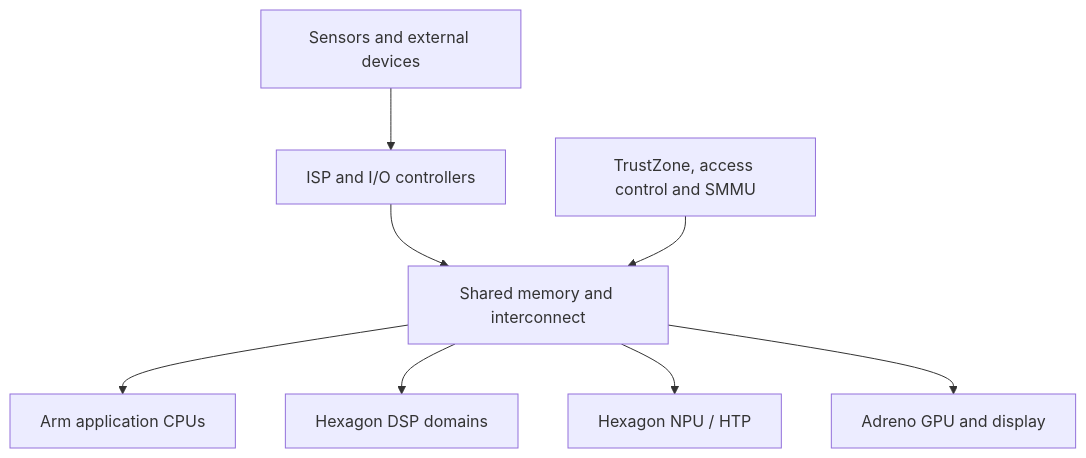
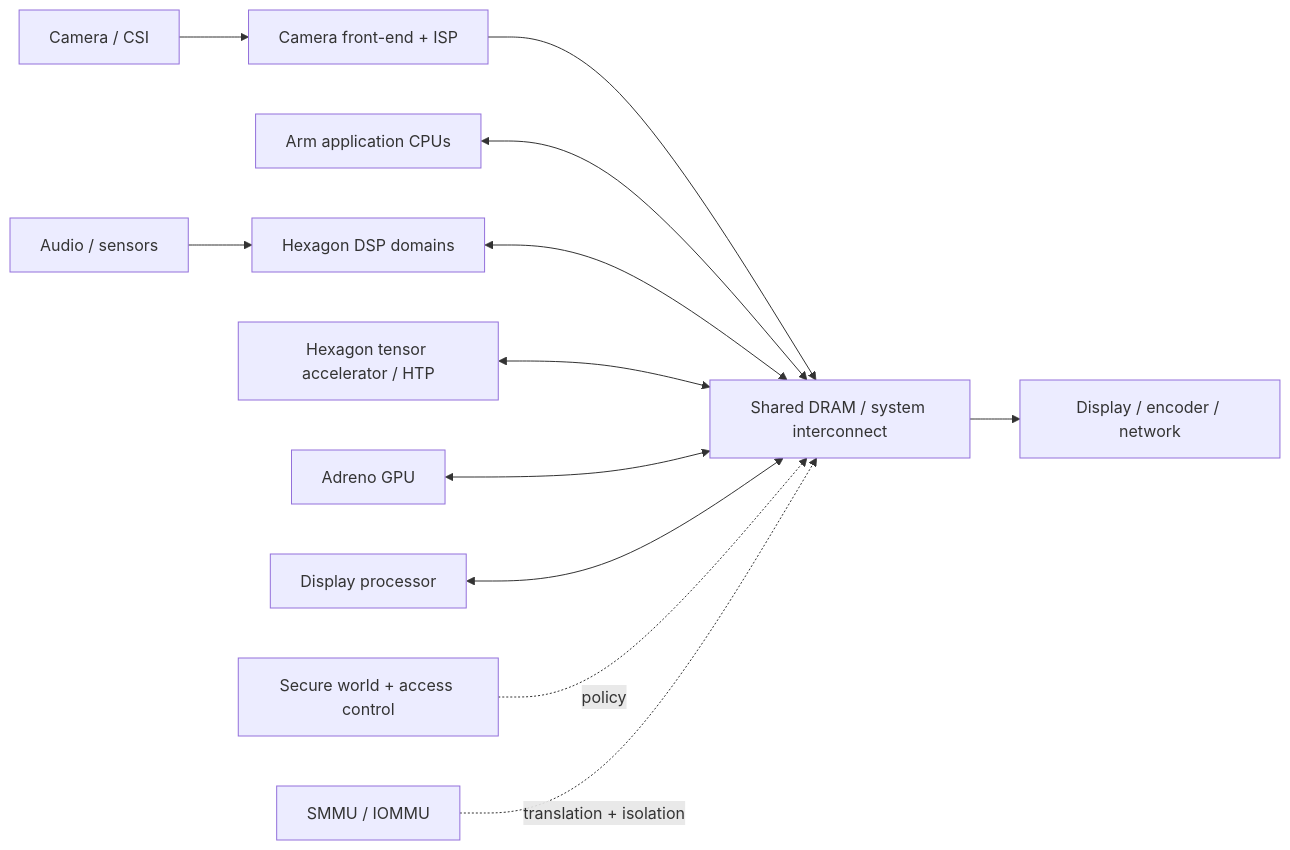
The first of 2 diagrams in src/content/docs/articles/qualcomm-soc-compute-map.md (abhishekkumardwivedi/abhishekkumardwivedi.github.io), drawn with Mermaid before and after one commit. The commit also changed other lines of this file and 7 other files, not shown here.

````diff
--- a/src/content/docs/articles/qualcomm-soc-compute-map.md
+++ b/src/content/docs/articles/qualcomm-soc-compute-map.md
@@ -8,10 +10,14 @@
 ```mermaid
-flowchart TD
-    S["Sensors and external devices"] --> I["ISP and I/O controllers"]
-    I --> M["Shared memory and interconnect"]
-    M --> C["Arm application CPUs"]
-    M --> D["Hexagon DSP domains"]
-    M --> N["Hexagon NPU / HTP"]
-    M --> P["Adreno GPU and display"]
-    T["TrustZone, access control and SMMU"] --> M
+flowchart LR
+    CAM["Camera / CSI"] --> ISP["Camera front-end + ISP"]
+    MIC["Audio / sensors"] --> DSP["Hexagon DSP domains"]
+    ISP --> MEM["Shared DRAM / system interconnect"]
+    CPU["Arm application CPUs"] <--> MEM
+    DSP <--> MEM
+    HTP["Hexagon tensor accelerator / HTP"] <--> MEM
+    GPU["Adreno GPU"] <--> MEM
+    DPU["Display processor"] <--> MEM
+    MEM --> OUT["Display / encoder / network"]
+    TZ["Secure world + access control"] -. policy .-> MEM
+    SMMU["SMMU / IOMMU"] -. translation + isolation .-> MEM
 ```
````
